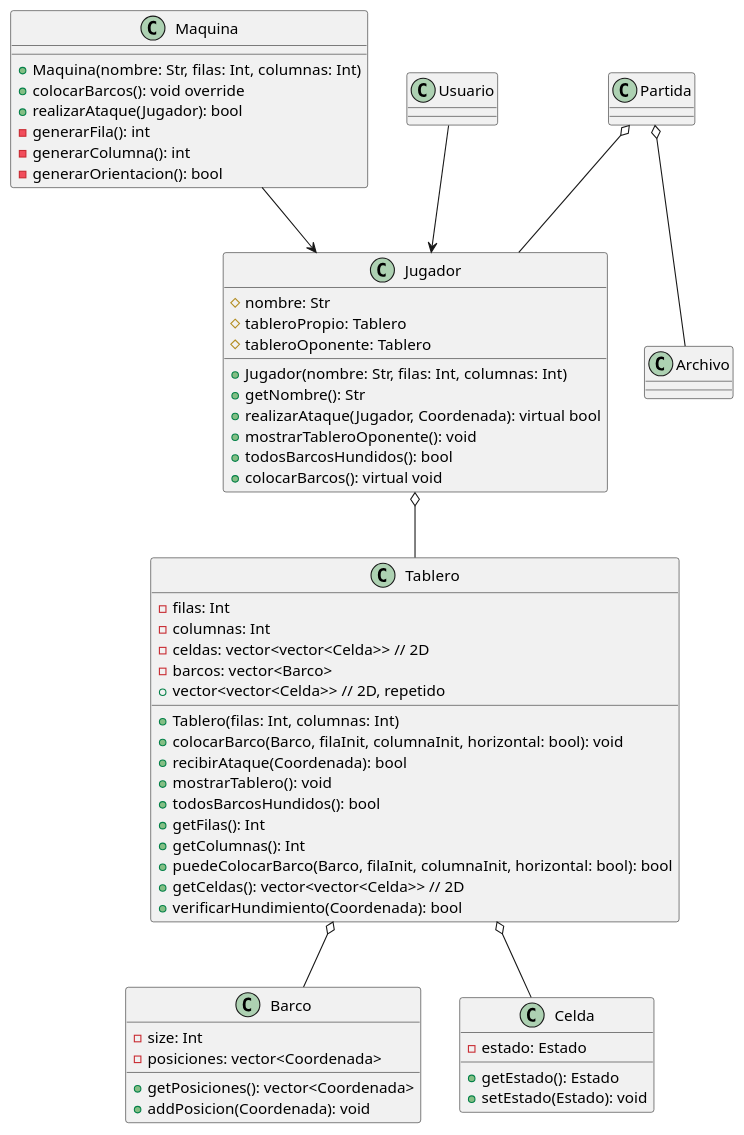
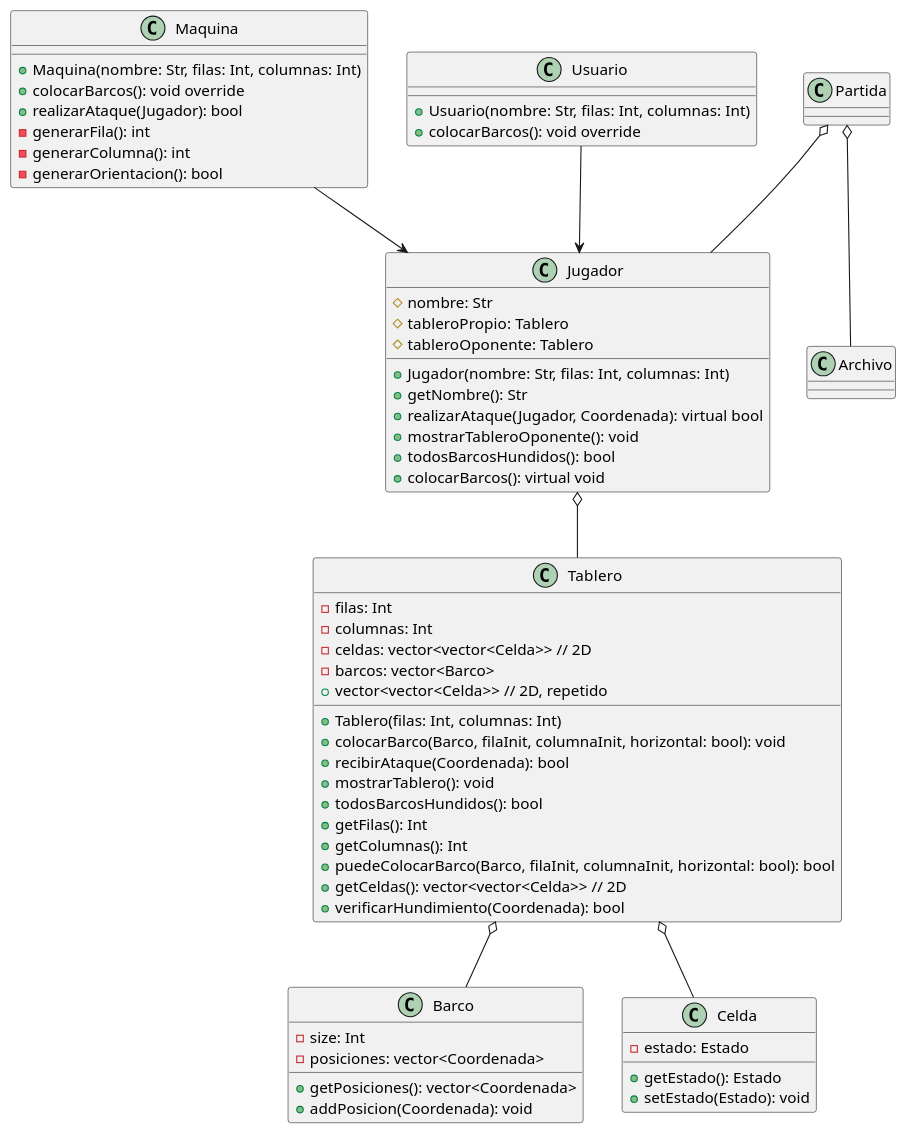
Before and after one commit to santiago6124/ProyectoFinalProg2: the diagram in docs/diagrama.wsd, drawn with PlantUML.

Commit message:
Usuario v3 diagram

```diff
--- a/docs/diagrama.wsd
+++ b/docs/diagrama.wsd
@@ -1,79 +1,81 @@
 @startuml
 
 
 class Tablero {
     - filas: Int
     - columnas: Int
     - celdas: vector<vector<Celda>> // 2D
     - barcos: vector<Barco>
     + Tablero(filas: Int, columnas: Int)
     + colocarBarco(Barco, filaInit, columnaInit, horizontal: bool): void
     + recibirAtaque(Coordenada): bool
     + mostrarTablero(): void
     + todosBarcosHundidos(): bool
     + getFilas(): Int
     + getColumnas(): Int
     + puedeColocarBarco(Barco, filaInit, columnaInit, horizontal: bool): bool
     + vector<vector<Celda>> // 2D, repetido
     + getCeldas(): vector<vector<Celda>> // 2D
     + verificarHundimiento(Coordenada): bool
 }
 
 class Jugador {
     + Jugador(nombre: Str, filas: Int, columnas: Int)
     + getNombre(): Str
     + realizarAtaque(Jugador, Coordenada): virtual bool
     + mostrarTableroOponente(): void
     + todosBarcosHundidos(): bool
     + colocarBarcos(): virtual void
     # nombre: Str
     # tableroPropio: Tablero
     # tableroOponente: Tablero
 }
 
 Jugador o-- Tablero
 
 class Maquina {
     + Maquina(nombre: Str, filas: Int, columnas: Int)
     + colocarBarcos(): void override
     + realizarAtaque(Jugador): bool
     - generarFila(): int
     - generarColumna(): int
     - generarOrientacion(): bool
 }
 
 class Usuario{
+    + Usuario(nombre: Str, filas: Int, columnas: Int)
+    + colocarBarcos(): void override
 }
 
 Maquina --> Jugador
 Usuario --> Jugador
 
 class Barco {
     - size: Int
     - posiciones: vector<Coordenada>
     + getPosiciones(): vector<Coordenada>
     + addPosicion(Coordenada): void
 }
 
 Tablero o-- Barco
 
 ' Casillero=Coordenada=Celda
 class Celda{
     - estado: Estado
     + getEstado(): Estado
     + setEstado(Estado): void
 }
 
 Tablero o-- Celda
 
 class Partida{
 }
 
 Partida o-- Jugador
 
 class Archivo{
 }
 
 Partida o-- Archivo
 
 @enduml
```
